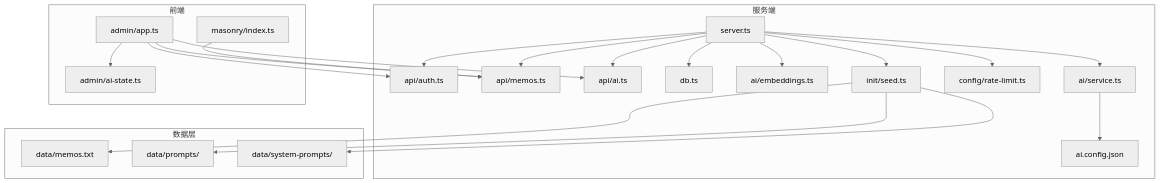
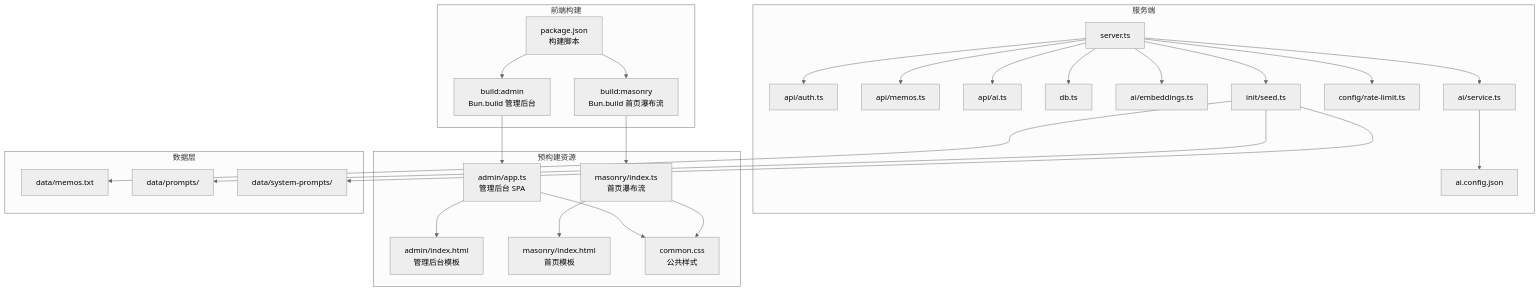
The second of 13 diagrams in .qoder/repowiki/zh/content/开发指南/开发指南.md (BlackBoxRecorder/memos), drawn with Mermaid (neutral theme) before and after one commit. The commit also changed other lines of this file and 10 other files, not shown here.

````diff
--- a/.qoder/repowiki/zh/content/开发指南/开发指南.md
+++ b/.qoder/repowiki/zh/content/开发指南/开发指南.md
@@ -132,42 +135,52 @@
 ```mermaid
 graph TB
 subgraph "服务端"
 S["server.ts"]
 R1["api/auth.ts"]
 R2["api/memos.ts"]
 R3["api/ai.ts"]
 D["db.ts"]
 E["ai/embeddings.ts"]
 V["ai/service.ts"]
 CFG["ai.config.json"]
 RL["config/rate-limit.ts"]
 SD["init/seed.ts"]
 end
-subgraph "前端"
-M["masonry/index.ts"]
-A["admin/app.ts"]
-AST["admin/ai-state.ts"]
+subgraph "前端构建"
+B1["build:admin<br/>Bun.build 管理后台"]
+B2["build:masonry<br/>Bun.build 首页瀑布流"]
+PKG["package.json<br/>构建脚本"]
+end
+subgraph "预构建资源"
+A["admin/app.ts<br/>管理后台 SPA"]
+M["masonry/index.ts<br/>首页瀑布流"]
+HTML1["admin/index.html<br/>管理后台模板"]
+HTML2["masonry/index.html<br/>首页模板"]
+CSS["common.css<br/>公共样式"]
 end
 subgraph "数据层"
 DATA["data/memos.txt"]
 PROMPTS["data/prompts/"]
 SYSPROMPTS["data/system-prompts/"]
 end
 S --> R1
 S --> R2
 S --> R3
 S --> D
 S --> E
 S --> V
 S --> RL
 S --> SD
 V --> CFG
-A --> AST
-M --> R2
-A --> R1
-A --> R2
-A --> R3
+A --> HTML1
+M --> HTML2
+A --> CSS
+M --> CSS
+B1 --> A
+B2 --> M
+PKG --> B1
+PKG --> B2
 SD --> DATA
 SD --> PROMPTS
 SD --> SYSPROMPTS
 ```
````
